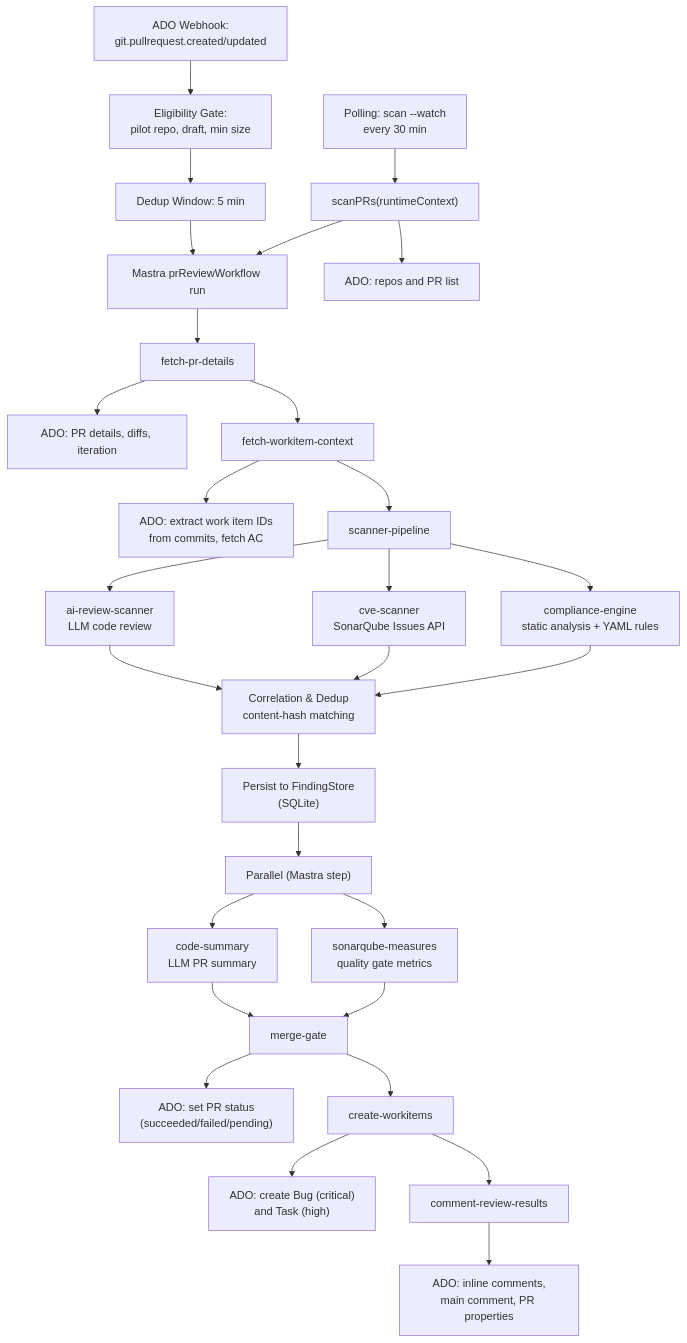
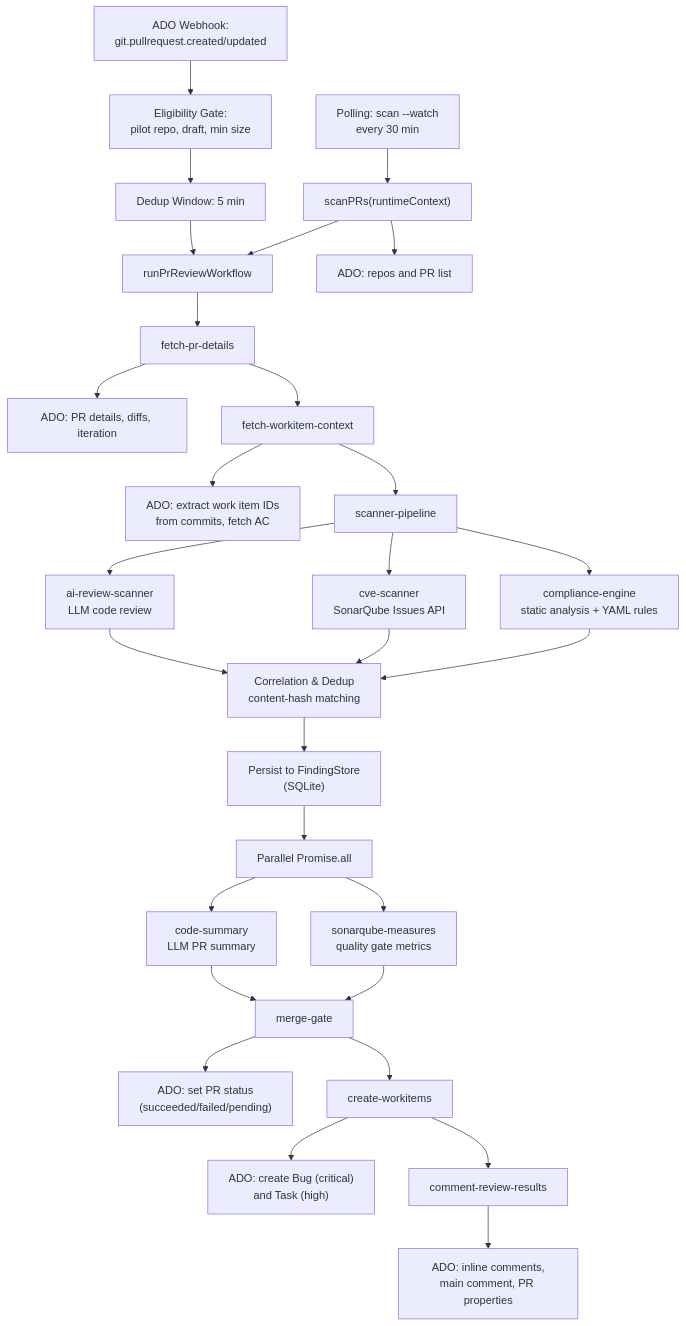
One commit to lushevol/code-review-agent changed the first of 2 diagrams in agents/ratan-code-review-agent/docs/RUNTIME_ARCHITECTURE.md. Above: the diagram before and after it, drawn with Mermaid. The commit also changed other lines of this file and 116 other files, not shown here.

````diff
--- a/agents/ratan-code-review-agent/docs/RUNTIME_ARCHITECTURE.md
+++ b/agents/ratan-code-review-agent/docs/RUNTIME_ARCHITECTURE.md
@@ -5,38 +5,38 @@
 ```mermaid
 flowchart TD
     Webhook["ADO Webhook:<br/>git.pullrequest.created/updated"] --> Eligibility["Eligibility Gate:<br/>pilot repo, draft, min size"]
     Eligibility --> Dedup["Dedup Window: 5 min"]
-    Dedup --> WorkflowRun["Mastra prReviewWorkflow run"]
+    Dedup --> WorkflowRun["runPrReviewWorkflow"]
 
     Polling["Polling: scan --watch<br/>every 30 min"] --> PRScan["scanPRs(runtimeContext)"]
     PRScan --> ADOList["ADO: repos and PR list"]
     PRScan --> WorkflowRun
 
     WorkflowRun --> FetchPR["fetch-pr-details"]
     FetchPR --> ADOFetch["ADO: PR details, diffs, iteration"]
     FetchPR --> FetchWIC["fetch-workitem-context"]
     FetchWIC --> ADOWI["ADO: extract work item IDs<br/>from commits, fetch AC"]
 
     FetchWIC --> Scanners["scanner-pipeline"]
     Scanners --> AIReview["ai-review-scanner<br/>LLM code review"]
     Scanners --> CVE["cve-scanner<br/>SonarQube Issues API"]
     Scanners --> Compliance["compliance-engine<br/>static analysis + YAML rules"]
     AIReview --> Correlate["Correlation & Dedup<br/>content-hash matching"]
     CVE --> Correlate
     Compliance --> Correlate
     Correlate --> Persist["Persist to FindingStore<br/>(SQLite)"]
 
-    Persist --> Para["Parallel (Mastra step)"]
+    Persist --> Para["Parallel Promise.all"]
     Para --> Summary["code-summary<br/>LLM PR summary"]
     Para --> Sonar["sonarqube-measures<br/>quality gate metrics"]
 
     Summary --> MergeGate["merge-gate"]
     Sonar --> MergeGate
     MergeGate --> ADOStatus["ADO: set PR status<br/>(succeeded/failed/pending)"]
 
     MergeGate --> WorkItems["create-workitems"]
     WorkItems --> ADOWI2["ADO: create Bug (critical)<br/>and Task (high)"]
 
     WorkItems --> Comment["comment-review-results"]
     Comment --> ADOWrite["ADO: inline comments,<br/>main comment, PR properties"]
 ```
````
